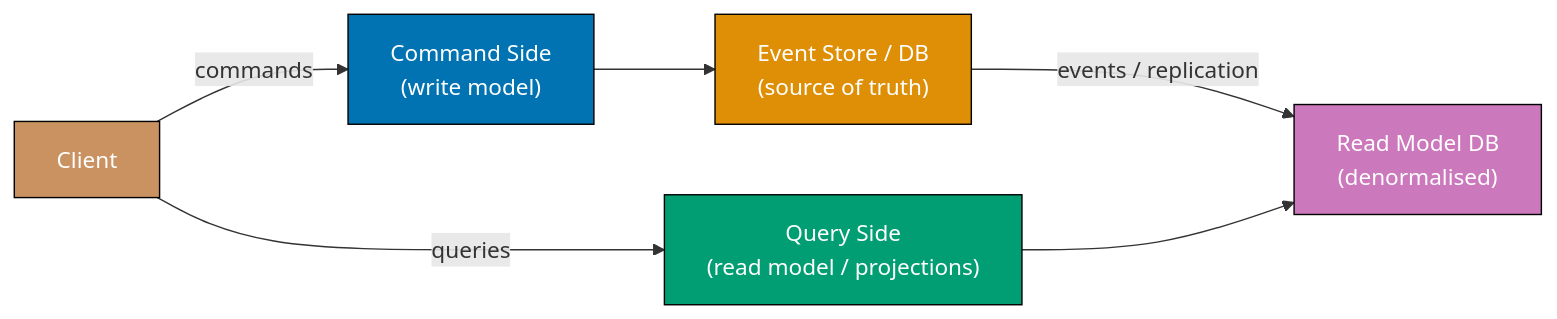
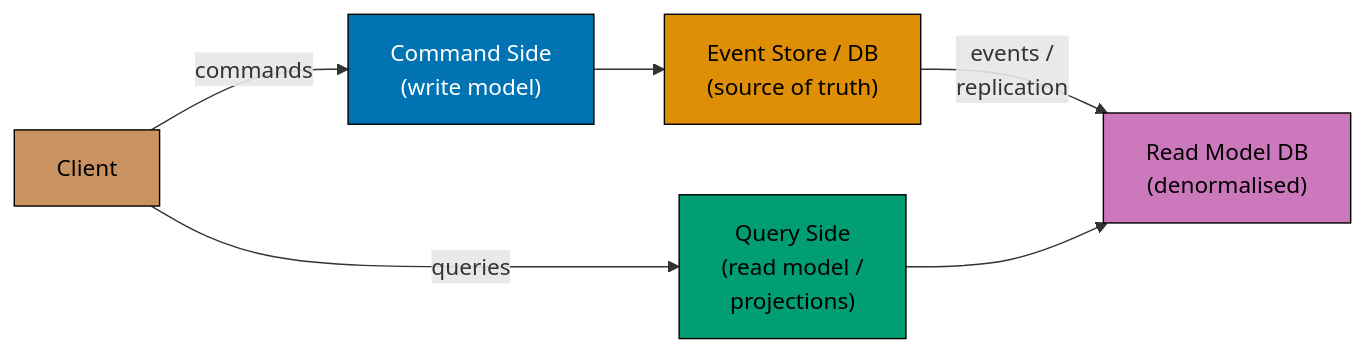
Before and after one commit to wahidyankf/ose-public: diagram 15 of 18 in apps/ayokoding-www/content/en/learn/legacy/software-engineering/software-architecture/patterns-and-principles/in-oop-by-example/advanced.md, drawn with Mermaid. The commit also changed other lines of this file and 78 other files, not shown here.

First line of the commit message:
fix(mermaid): bring the remaining legacy software-engineering diagrams onto the accessible palette

````diff
--- a/apps/ayokoding-www/content/en/learn/legacy/software-engineering/software-architecture/patterns-and-principles/in-oop-by-example/advanced.md
+++ b/apps/ayokoding-www/content/en/learn/legacy/software-engineering/software-architecture/patterns-and-principles/in-oop-by-example/advanced.md
@@ -6913,20 +6995,28 @@
 ```mermaid
 graph LR
+    accTitle: Example 81: CQRS
+    accDescr: Graph with 5 nodes and 5 connections. Nodes: Client, Command Side (write model), Query Side (read model / projections), Event Store / DB (source of truth), Read Model DB (denormalised). Connections: Client to Command Side (write model) (commands), Client to Query Side (read model / projections) (queries), Command Side (write model) to Event Store / DB (source of truth), Event Store / DB (source of truth) to Read Model DB (denormalised) (events / replication), Query Side (read model / projections) to Read Model DB (denormalised).
     C["Client"]
     CMD["Command Side<br/>(write model)"]
-    QRY["Query Side<br/>(read model / projections)"]
+    QRY["Query Side<br/>(read model /<br/>projections)"]
     ES["Event Store / DB<br/>(source of truth)"]
     RM["Read Model DB<br/>(denormalised)"]
 
     C -->|"commands"| CMD
     C -->|"queries"| QRY
     CMD --> ES
-    ES -->|"events / replication"| RM
+    ES -->|"events /<br/>replication"| RM
     QRY --> RM
 
-    style C fill:#CA9161,stroke:#000,color:#fff
-    style CMD fill:#0173B2,stroke:#000,color:#fff
-    style QRY fill:#029E73,stroke:#000,color:#fff
-    style ES fill:#DE8F05,stroke:#000,color:#fff
-    style RM fill:#CC78BC,stroke:#000,color:#fff
+    classDef pal-CA9161 fill:#CA9161,stroke:#000000,color:#000000
+    class C pal-CA9161
+    classDef pal-0173B2 fill:#0173B2,stroke:#000000,color:#FFFFFF
+    class CMD pal-0173B2
+    classDef pal-029E73 fill:#029E73,stroke:#000000,color:#000000
+    class QRY pal-029E73
+    classDef pal-DE8F05 fill:#DE8F05,stroke:#000000,color:#000000
+    class ES pal-DE8F05
+    classDef pal-CC78BC fill:#CC78BC,stroke:#000000,color:#000000
+    class RM pal-CC78BC
+    classDef default fill:#FFFFFF,stroke:#000000,color:#000000
 ```
````
